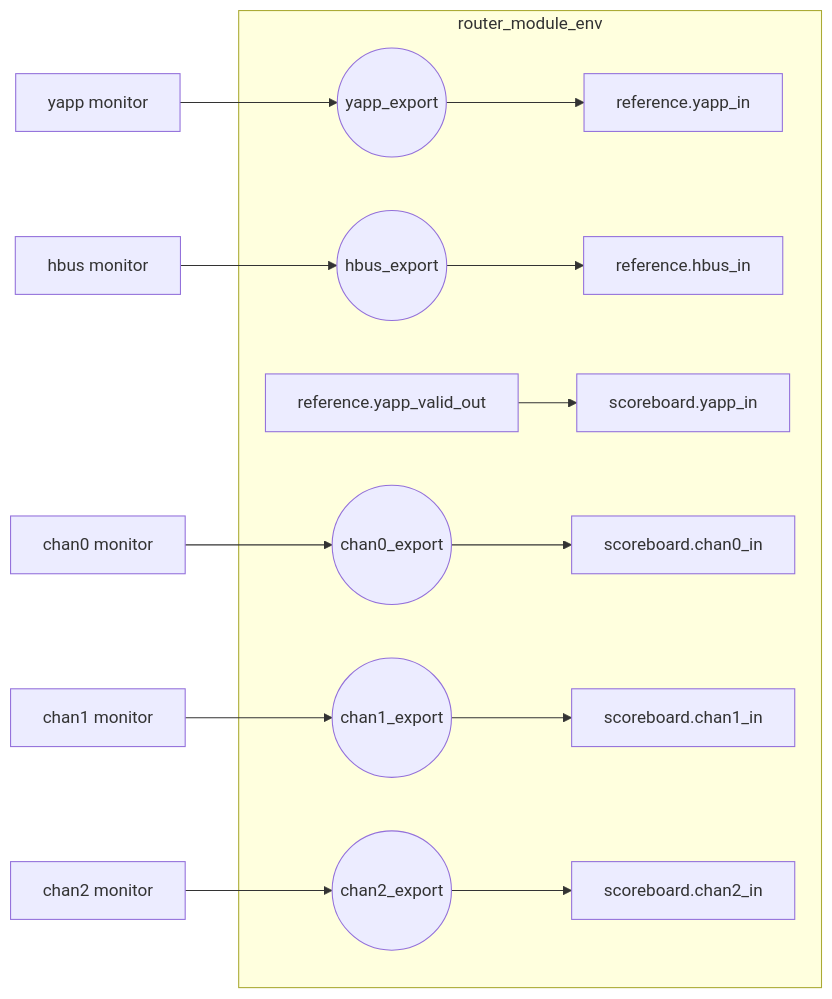
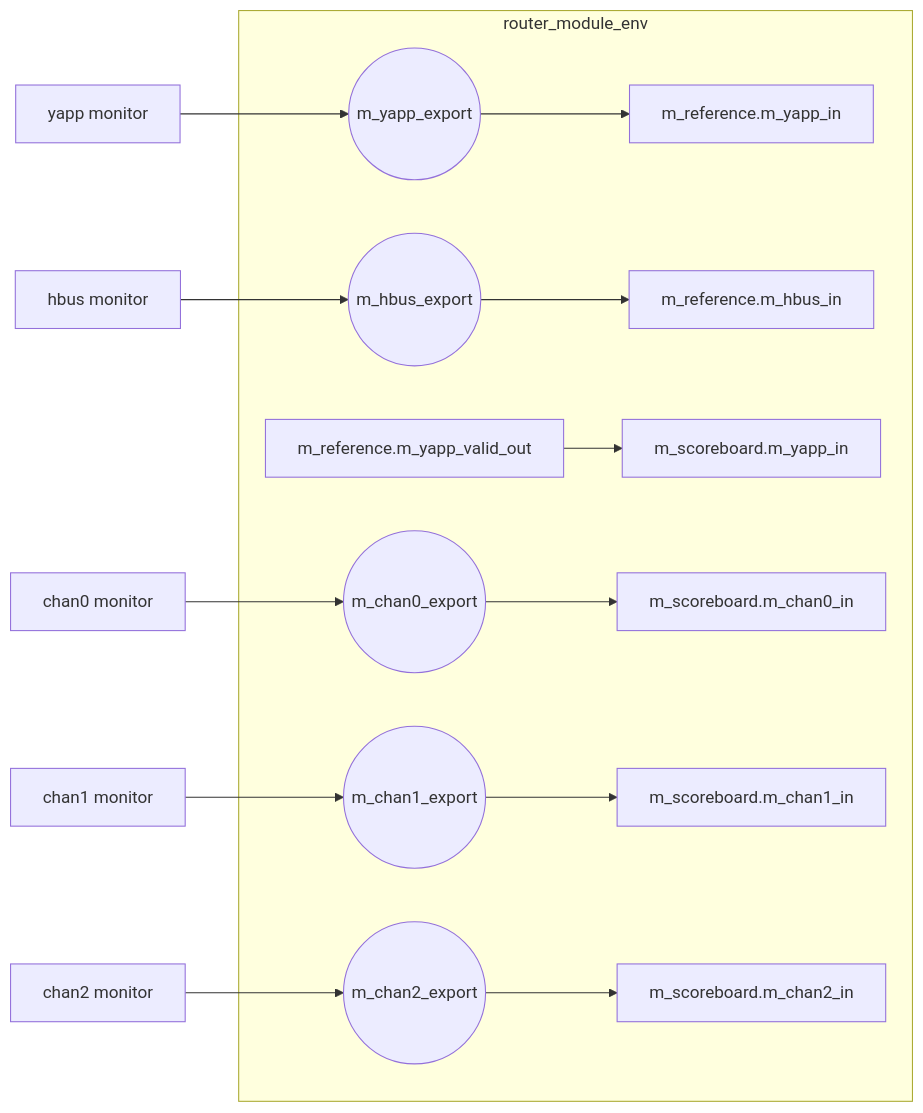
One commit to tamirgabgab/Qcom-Mentoring changed the diagram in docs/labs/lab09c.md. Above: the diagram before and after it, drawn with Mermaid. The commit also changed 83 other files, not shown here.

First line of the commit message:
Site diagrams use the code's variable names

````diff
--- a/docs/labs/lab09c.md
+++ b/docs/labs/lab09c.md
@@ -26,16 +26,16 @@
 ```mermaid
 flowchart LR
-    Y["yapp monitor"] --> YE(("yapp_export"))
-    H["hbus monitor"] --> HE(("hbus_export"))
-    C0["chan0 monitor"] --> C0E(("chan0_export"))
-    C1["chan1 monitor"] --> C1E(("chan1_export"))
-    C2["chan2 monitor"] --> C2E(("chan2_export"))
+    Y["yapp monitor"] --> YE(("m_yapp_export"))
+    H["hbus monitor"] --> HE(("m_hbus_export"))
+    C0["chan0 monitor"] --> C0E(("m_chan0_export"))
+    C1["chan1 monitor"] --> C1E(("m_chan1_export"))
+    C2["chan2 monitor"] --> C2E(("m_chan2_export"))
     subgraph ENV["router_module_env"]
-        YE --> R["reference.yapp_in"]
-        HE --> RH["reference.hbus_in"]
-        R2["reference.yapp_valid_out"] --> S["scoreboard.yapp_in"]
-        C0E --> S0["scoreboard.chan0_in"]
-        C1E --> S1["scoreboard.chan1_in"]
-        C2E --> S2["scoreboard.chan2_in"]
+        YE --> R["m_reference.m_yapp_in"]
+        HE --> RH["m_reference.m_hbus_in"]
+        R2["m_reference.m_yapp_valid_out"] --> S["m_scoreboard.m_yapp_in"]
+        C0E --> S0["m_scoreboard.m_chan0_in"]
+        C1E --> S1["m_scoreboard.m_chan1_in"]
+        C2E --> S2["m_scoreboard.m_chan2_in"]
     end
 ```
````
